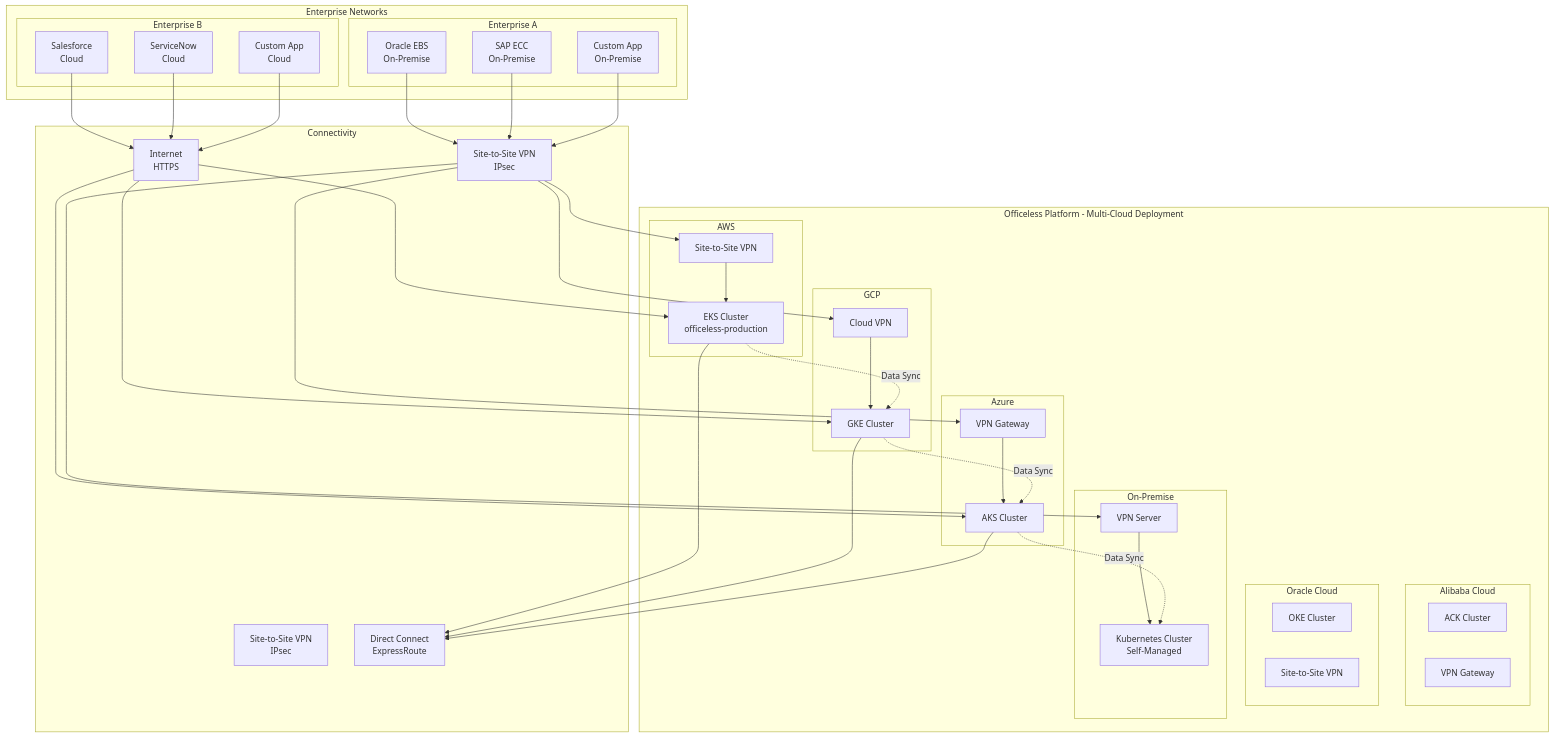
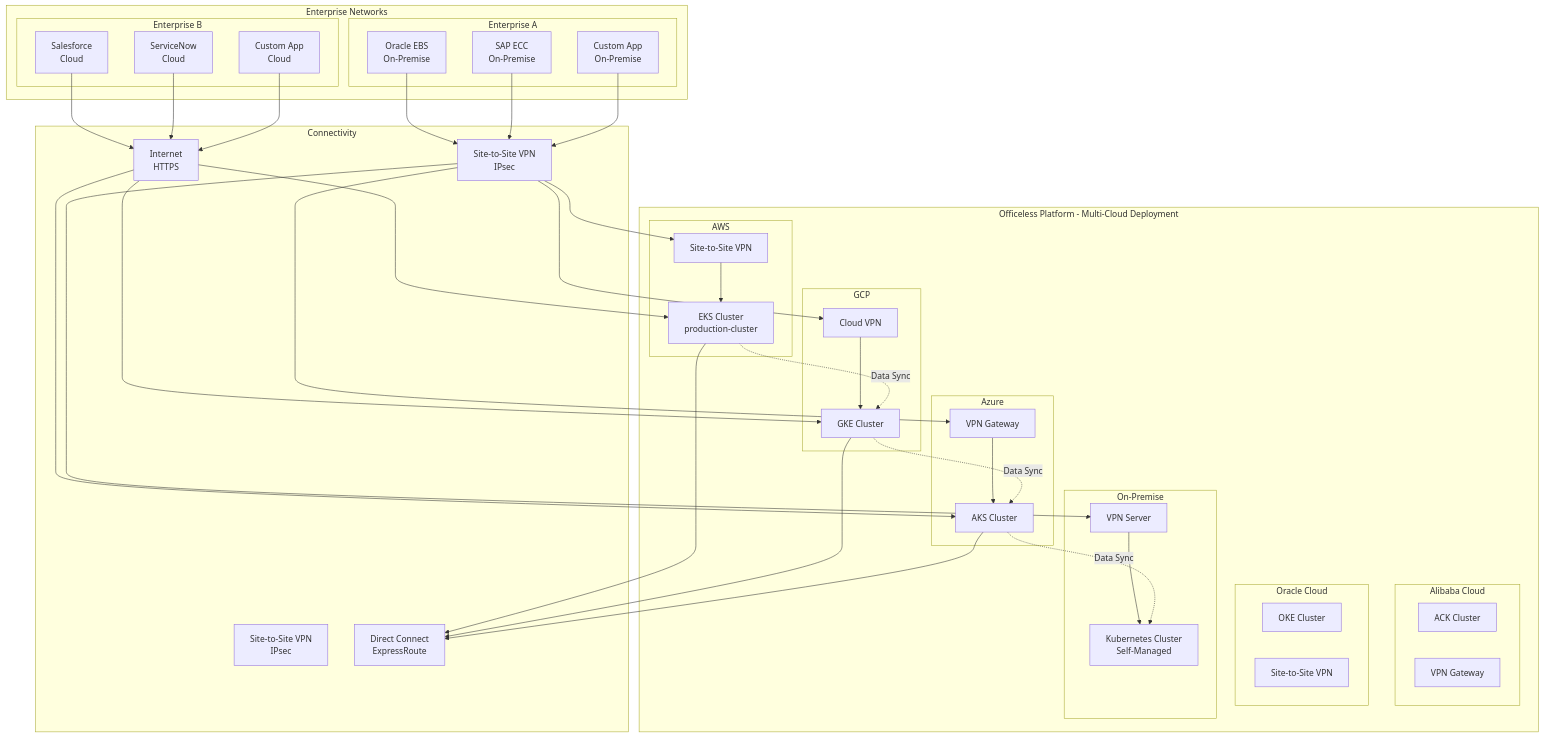
One commit to officeless-platform/officeless-platform changed the diagram in diagrams/multi-cloud.mmd. Above: the diagram before and after it, drawn with Mermaid. The commit also changed 11 other files, not shown here.

```diff
--- a/diagrams/multi-cloud.mmd
+++ b/diagrams/multi-cloud.mmd
@@ -1,83 +1,83 @@
 graph TB
     subgraph "Enterprise Networks"
         subgraph "Enterprise A"
             Oracle[Oracle EBS<br/>On-Premise]
             SAP[SAP ECC<br/>On-Premise]
             Custom1[Custom App<br/>On-Premise]
         end
         
         subgraph "Enterprise B"
             Salesforce[Salesforce<br/>Cloud]
             ServiceNow[ServiceNow<br/>Cloud]
             Custom2[Custom App<br/>Cloud]
         end
     end
     
     subgraph "Officeless Platform - Multi-Cloud Deployment"
         subgraph "AWS"
-            AWS_EKS[EKS Cluster<br/>officeless-production]
+            AWS_EKS[EKS Cluster<br/>production-cluster]
             AWS_VPN[Site-to-Site VPN]
         end
         
         subgraph "GCP"
             GCP_GKE[GKE Cluster]
             GCP_VPN[Cloud VPN]
         end
         
         subgraph "Azure"
             Azure_AKS[AKS Cluster]
             Azure_VPN[VPN Gateway]
         end
         
         subgraph "Alibaba Cloud"
             Alibaba_ACK[ACK Cluster]
             Alibaba_VPN[VPN Gateway]
         end
         
         subgraph "Oracle Cloud"
             OCI_OKE[OKE Cluster]
             OCI_VPN[Site-to-Site VPN]
         end
         
         subgraph "On-Premise"
             OnPrem_K8s[Kubernetes Cluster<br/>Self-Managed]
             OnPrem_VPN[VPN Server]
         end
     end
     
     subgraph "Connectivity"
         VPN_Tunnel1[Site-to-Site VPN<br/>IPsec]
         VPN_Tunnel2[Site-to-Site VPN<br/>IPsec]
         Internet[Internet<br/>HTTPS]
         DirectConnect[Direct Connect<br/>ExpressRoute]
     end
     
     Oracle --> VPN_Tunnel1
     SAP --> VPN_Tunnel1
     Custom1 --> VPN_Tunnel1
     
     VPN_Tunnel1 --> AWS_VPN
     VPN_Tunnel1 --> GCP_VPN
     VPN_Tunnel1 --> Azure_VPN
     VPN_Tunnel1 --> OnPrem_VPN
     
     AWS_VPN --> AWS_EKS
     GCP_VPN --> GCP_GKE
     Azure_VPN --> Azure_AKS
     OnPrem_VPN --> OnPrem_K8s
     
     Salesforce --> Internet
     ServiceNow --> Internet
     Custom2 --> Internet
     
     Internet --> AWS_EKS
     Internet --> GCP_GKE
     Internet --> Azure_AKS
     
     AWS_EKS -.Data Sync.-> GCP_GKE
     GCP_GKE -.Data Sync.-> Azure_AKS
     Azure_AKS -.Data Sync.-> OnPrem_K8s
     
     AWS_EKS --> DirectConnect
     GCP_GKE --> DirectConnect
     Azure_AKS --> DirectConnect
```
